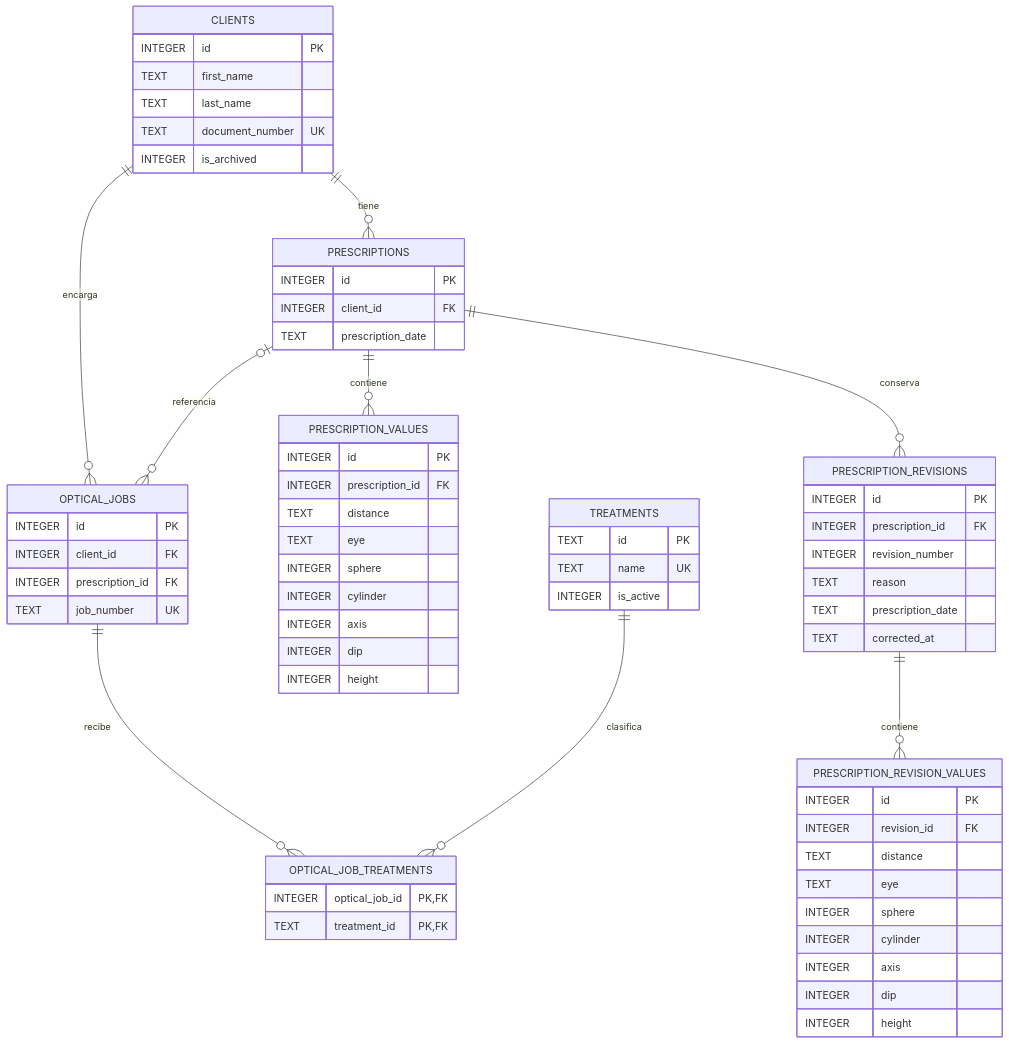
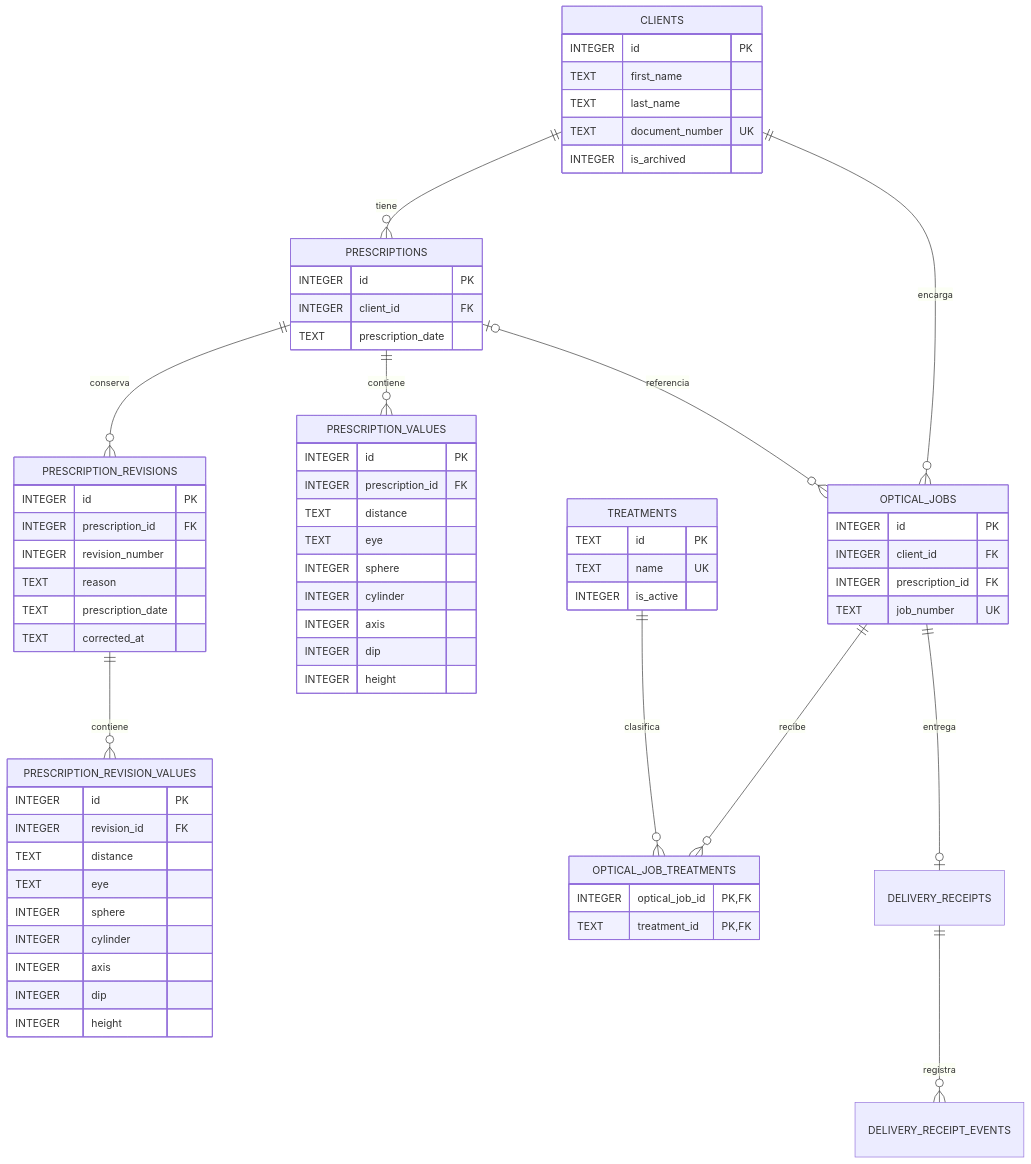
The diagram in docs/database.md (MateoBorrero-Dev/occhiali-desktop), drawn with Mermaid before and after one commit. The commit also changed other lines of this file and 34 other files, not shown here.

Commit message:
feat: add delivery receipts and PDF export

````diff
--- a/docs/database.md
+++ b/docs/database.md
@@ -24,69 +24,71 @@
 ```mermaid
 erDiagram
     CLIENTS ||--o{ PRESCRIPTIONS : tiene
     CLIENTS ||--o{ OPTICAL_JOBS : encarga
     PRESCRIPTIONS o|--o{ OPTICAL_JOBS : referencia
     PRESCRIPTIONS ||--o{ PRESCRIPTION_VALUES : contiene
     PRESCRIPTIONS ||--o{ PRESCRIPTION_REVISIONS : conserva
     PRESCRIPTION_REVISIONS ||--o{ PRESCRIPTION_REVISION_VALUES : contiene
     OPTICAL_JOBS ||--o{ OPTICAL_JOB_TREATMENTS : recibe
     TREATMENTS ||--o{ OPTICAL_JOB_TREATMENTS : clasifica
+    OPTICAL_JOBS ||--o| DELIVERY_RECEIPTS : entrega
+    DELIVERY_RECEIPTS ||--o{ DELIVERY_RECEIPT_EVENTS : registra
 
     CLIENTS {
         INTEGER id PK
         TEXT first_name
         TEXT last_name
         TEXT document_number UK
         INTEGER is_archived
     }
     PRESCRIPTIONS {
         INTEGER id PK
         INTEGER client_id FK
         TEXT prescription_date
     }
     PRESCRIPTION_VALUES {
         INTEGER id PK
         INTEGER prescription_id FK
         TEXT distance
         TEXT eye
         INTEGER sphere
         INTEGER cylinder
         INTEGER axis
         INTEGER dip
         INTEGER height
     }
     PRESCRIPTION_REVISIONS {
         INTEGER id PK
         INTEGER prescription_id FK
         INTEGER revision_number
         TEXT reason
         TEXT prescription_date
         TEXT corrected_at
     }
     PRESCRIPTION_REVISION_VALUES {
         INTEGER id PK
         INTEGER revision_id FK
         TEXT distance
         TEXT eye
         INTEGER sphere
         INTEGER cylinder
         INTEGER axis
         INTEGER dip
         INTEGER height
     }
     OPTICAL_JOBS {
         INTEGER id PK
         INTEGER client_id FK
         INTEGER prescription_id FK
         TEXT job_number UK
     }
     TREATMENTS {
         TEXT id PK
         TEXT name UK
         INTEGER is_active
     }
     OPTICAL_JOB_TREATMENTS {
         INTEGER optical_job_id PK,FK
         TEXT treatment_id PK,FK
     }
 ```
````
